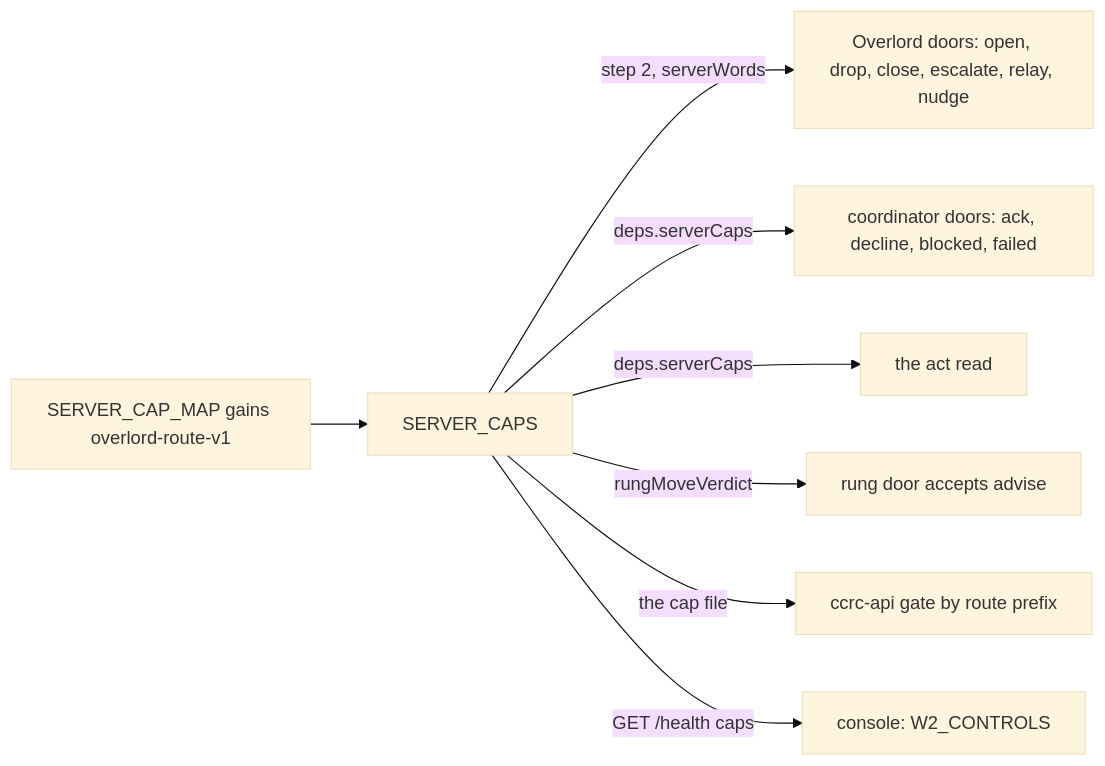
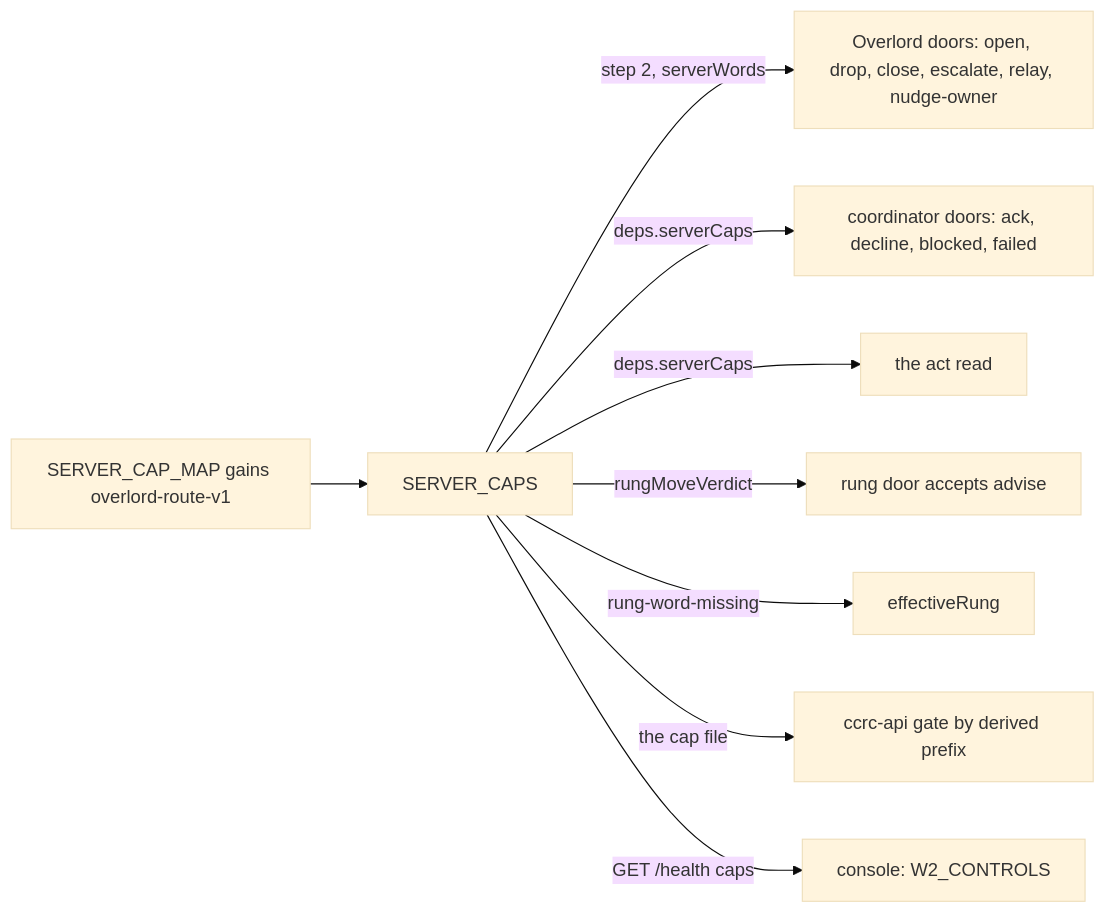
Before and after one commit to Synapsium-Labs/ccrc-pwa: the first of 3 diagrams in docs/superpowers/plans/2026-11-16-overlord-w2/w2-overlord-route-v1.md, drawn with Mermaid (base theme). The commit also changed other lines of this file, not shown here.

First line of the commit message:
docs(plan): overlord-route-v1 fix round 1 (review 2290)

````diff
--- a/docs/superpowers/plans/2026-11-16-overlord-w2/w2-overlord-route-v1.md
+++ b/docs/superpowers/plans/2026-11-16-overlord-w2/w2-overlord-route-v1.md
@@ -229,10 +352,11 @@
 ```mermaid
 flowchart LR
   W["SERVER_CAP_MAP gains overlord-route-v1"] --> C["SERVER_CAPS"]
-  C -->|"step 2, serverWords"| G["Overlord doors: open, drop, close, escalate, relay, nudge"]
+  C -->|"step 2, serverWords"| G["Overlord doors: open, drop, close, escalate, relay, nudge-owner"]
   C -->|"deps.serverCaps"| CD["coordinator doors: ack, decline, blocked, failed"]
   C -->|"deps.serverCaps"| AR["the act read"]
   C -->|"rungMoveVerdict"| R["rung door accepts advise"]
-  C -->|"the cap file"| CLI["ccrc-api gate by route prefix"]
+  C -->|"rung-word-missing"| E["effectiveRung"]
+  C -->|"the cap file"| CLI["ccrc-api gate by derived prefix"]
   C -->|"GET /health caps"| UI["console: W2_CONTROLS"]
 ```
````
